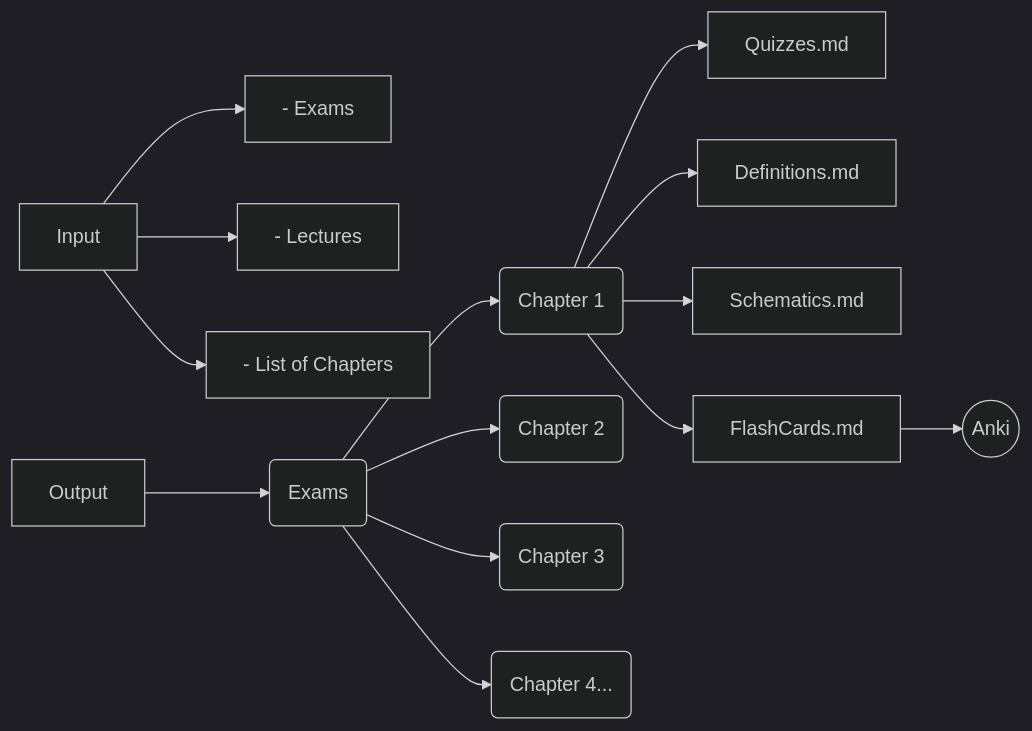
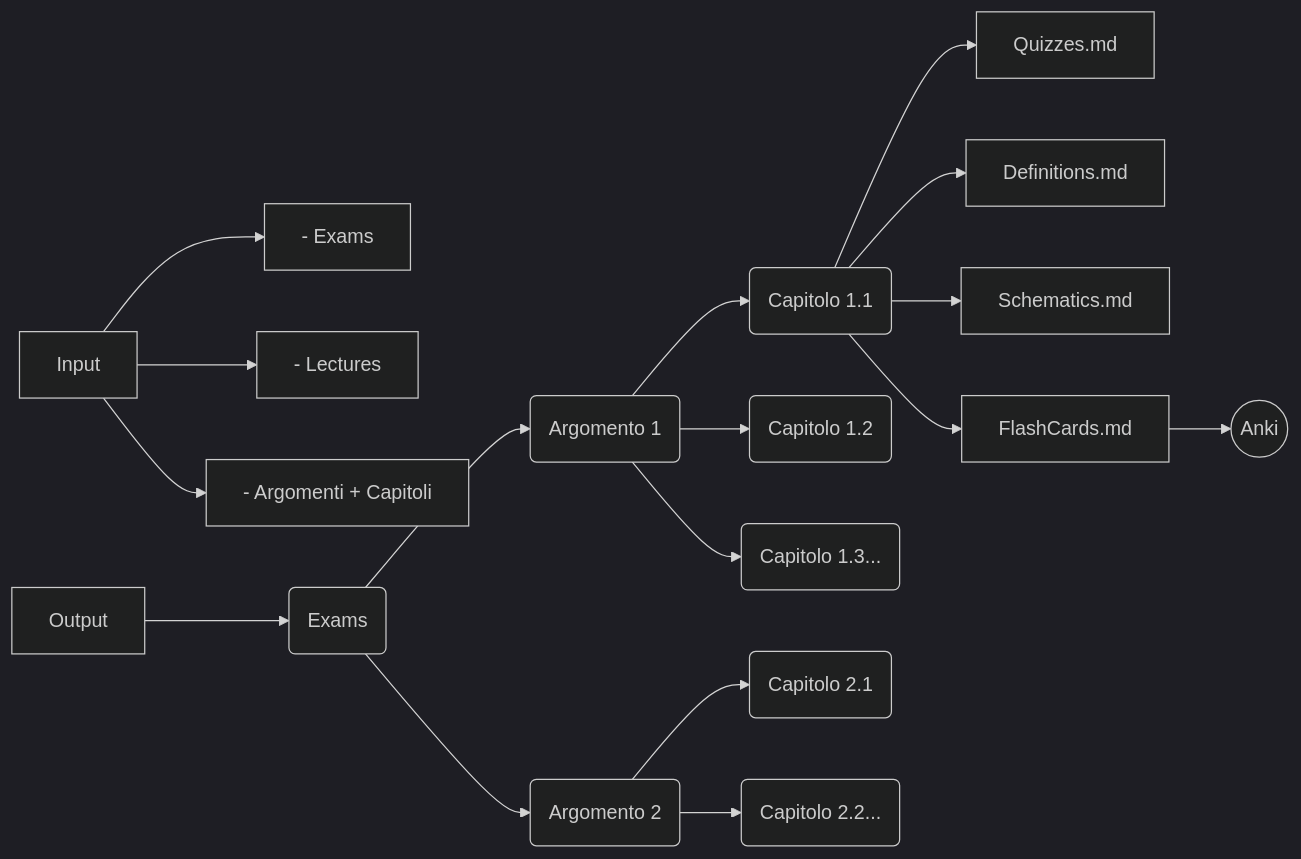
Before and after one commit to P0rkoTh10/Exam-Schematizer-Skill: the second of 4 diagrams in SKILL.md, drawn with Mermaid (dark theme). The commit also changed other lines of this file, not shown here.

Commit message:
Clarify Corso→Argomenti→Capitoli hierarchy in checklists and docs

````diff
--- a/SKILL.md
+++ b/SKILL.md
@@ -24,25 +24,29 @@
 ```mermaid
 graph LR
     %% Sezione Input
     Input --> Exams_In[- Exams]
     Input --> Lectures[- Lectures]
-    Input --> List[- List of Chapters]
+    Input --> List[- Argomenti + Capitoli]
 
     %% Flusso Principale
     Output --> Exams_Out(Exams)
 
-    %% Sotto-capitoli
-    Exams_Out --> Ch1(Chapter 1)
-    Exams_Out --> Ch2(Chapter 2)
-    Exams_Out --> Ch3(Chapter 3)
-    Exams_Out --> Ch4(Chapter 4...)
+    %% Argomenti e relativi Capitoli
+    Exams_Out --> A1(Argomento 1)
+    A1 --> C1_1(Capitolo 1.1)
+    A1 --> C1_2(Capitolo 1.2)
+    A1 --> C1_3(Capitolo 1.3...)
 
-    %% File di output dal Capitolo 1
-    Ch1 --> Q[Quizzes.md]
-    Ch1 --> D[Definitions.md]
-    Ch1 --> S[Schematics.md]
-    Ch1 --> F[FlashCards.md]
+    Exams_Out --> A2(Argomento 2)
+    A2 --> C2_1(Capitolo 2.1)
+    A2 --> C2_2(Capitolo 2.2...)
+
+    %% File di output per ogni capitolo
+    C1_1 --> Q[Quizzes.md]
+    C1_1 --> D[Definitions.md]
+    C1_1 --> S[Schematics.md]
+    C1_1 --> F[FlashCards.md]
 
     %% Destinazione finale
     F --> Anki((Anki))
 ```
````
